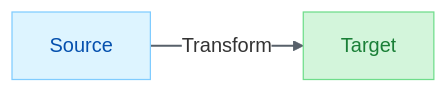
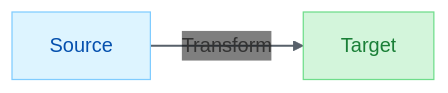
The diagram in .github/skills/markdown-mermaid/SKILL.md (fabioc-aloha/Alex_Plug_In), drawn with Mermaid before and after one commit. The commit also changed other lines of this file and 3 other files, not shown here.

First line of the commit message:
fix: Mermaid edge label backgrounds + update markdown-mermaid skill

````diff
--- a/.github/skills/markdown-mermaid/SKILL.md
+++ b/.github/skills/markdown-mermaid/SKILL.md
@@ -542,10 +547,10 @@
 ```mermaid
-%%{init: {'theme': 'base', 'themeVariables': { 'primaryColor': '#cce5ff', 'primaryTextColor': '#333', 'lineColor': '#666', 'edgeLabelBackground': '#fff'}}}%%
+%%{init: {'theme': 'base', 'themeVariables': { 'primaryColor': '#cce5ff', 'primaryTextColor': '#333', 'lineColor': '#666', 'edgeLabelBackground': 'transparent'}}}%%
 flowchart LR
     A[Source] --> |Transform| B[Target]
     
     style A fill:#ddf4ff,color:#0550ae,stroke:#80ccff
     style B fill:#d3f5db,color:#1a7f37,stroke:#6fdd8b
     
     linkStyle default stroke:#57606a,stroke-width:1.5px
 ```
````
